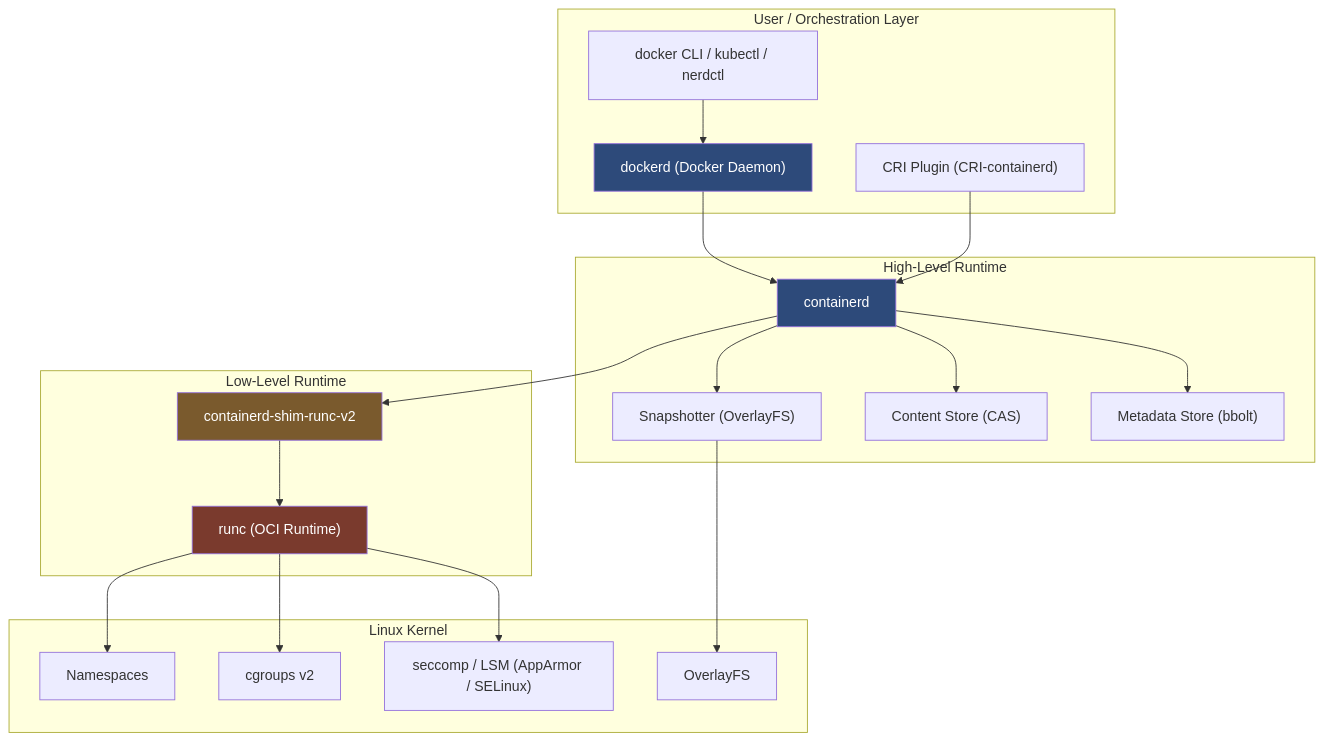
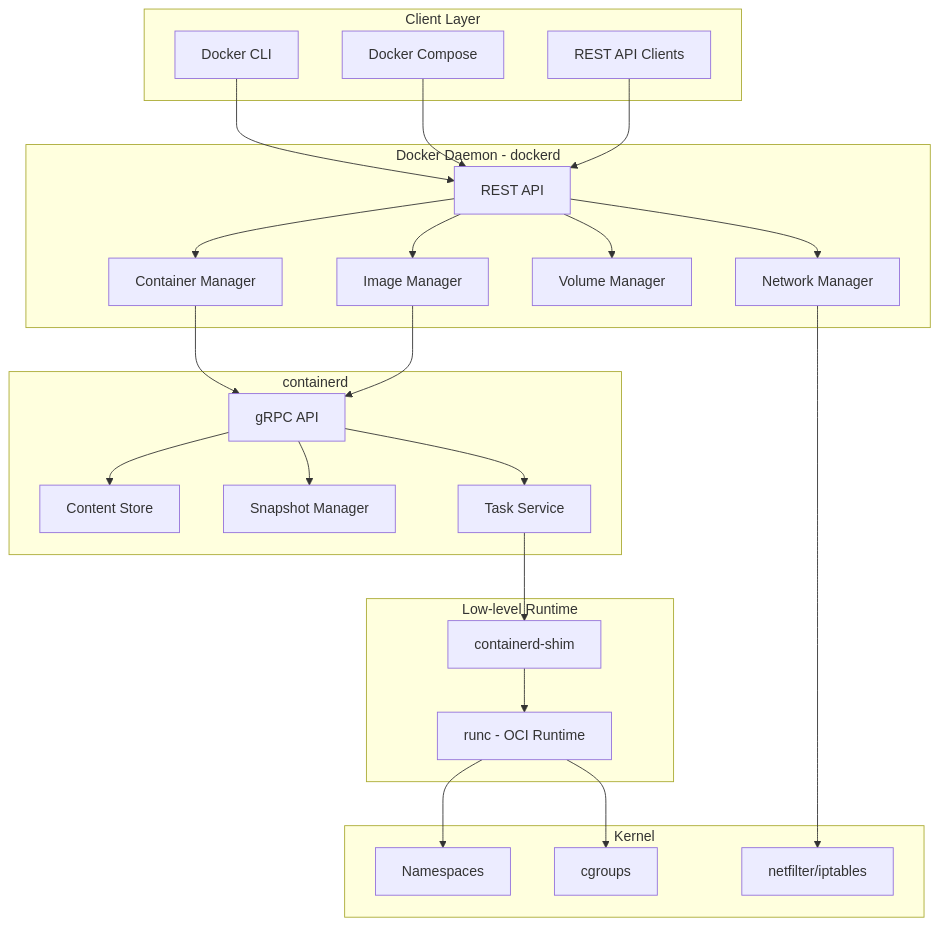
One commit to blebleblee/synapse changed the second of 10 diagrams in topics/computing/infrastructure/cloud_native/lesson_02_containerization_technologies.md. Above: the diagram before and after it, drawn with Mermaid. The commit also changed other lines of this file and 116 other files, not shown here.

````diff
--- a/topics/computing/infrastructure/cloud_native/lesson_02_containerization_technologies.md
+++ b/topics/computing/infrastructure/cloud_native/lesson_02_containerization_technologies.md
@@ -93,42 +177,57 @@
 ```mermaid
-graph TD
-    subgraph "User / Orchestration Layer"
-        CLI["docker CLI / kubectl / nerdctl"]
-        DAEMON["dockerd (Docker Daemon)"]
-        CRI["CRI Plugin (CRI-containerd)"]
+graph TB
+    subgraph sub_client ["Client Layer"]
+        docker_cli[Docker CLI]
+        docker_compose[Docker Compose]
+        api_client[REST API Clients]
     end
-    subgraph "High-Level Runtime"
-        CTD["containerd"]
-        SNAPS["Snapshotter (OverlayFS)"]
-        CONTENT["Content Store (CAS)"]
-        META["Metadata Store (bbolt)"]
+    
+    subgraph sub_daemon ["Docker Daemon - dockerd"]
+        api[REST API]
+        image_mgr[Image Manager]
+        network_mgr[Network Manager]
+        volume_mgr[Volume Manager]
+        container_mgr[Container Manager]
     end
-    subgraph "Low-Level Runtime"
-        SHIM["containerd-shim-runc-v2"]
-        RUNC["runc (OCI Runtime)"]
+    
+    subgraph sub_containerd ["containerd"]
+        containerd_api[gRPC API]
+        content_store[Content Store]
+        snapshot_mgr[Snapshot Manager]
+        task_service[Task Service]
     end
-    subgraph "Linux Kernel"
-        NS["Namespaces"]
-        CG["cgroups v2"]
-        SEC["seccomp / LSM (AppArmor / SELinux)"]
-        OFS["OverlayFS"]
+    
+    subgraph sub_runtime ["Low-level Runtime"]
+        runc[runc - OCI Runtime]
+        shim[containerd-shim]
     end
-
-    CLI --> DAEMON
-    DAEMON --> CTD
-    CRI --> CTD
-    CTD --> SNAPS
-    CTD --> CONTENT
-    CTD --> META
-    CTD --> SHIM
-    SNAPS --> OFS
-    SHIM --> RUNC
-    RUNC --> NS
-    RUNC --> CG
-    RUNC --> SEC
-
-    style DAEMON fill:#2d4a7a,color:#fff
-    style CTD fill:#2d4a7a,color:#fff
-    style RUNC fill:#7a3a2d,color:#fff
-    style SHIM fill:#7a5a2d,color:#fff
+    
+    subgraph sub_kernel ["Kernel"]
+        namespaces[Namespaces]
+        cgroups[cgroups]
+        netfilter["netfilter/iptables"]
+    end
+    
+    docker_cli --> api
+    docker_compose --> api
+    api_client --> api
+    
+    api --> image_mgr
+    api --> network_mgr
+    api --> volume_mgr
+    api --> container_mgr
+    
+    container_mgr --> containerd_api
+    image_mgr --> containerd_api
+    
+    containerd_api --> content_store
+    containerd_api --> snapshot_mgr
+    containerd_api --> task_service
+    
+    task_service --> shim
+    shim --> runc
+    
+    runc --> namespaces
+    runc --> cgroups
+    network_mgr --> netfilter
 ```
````
